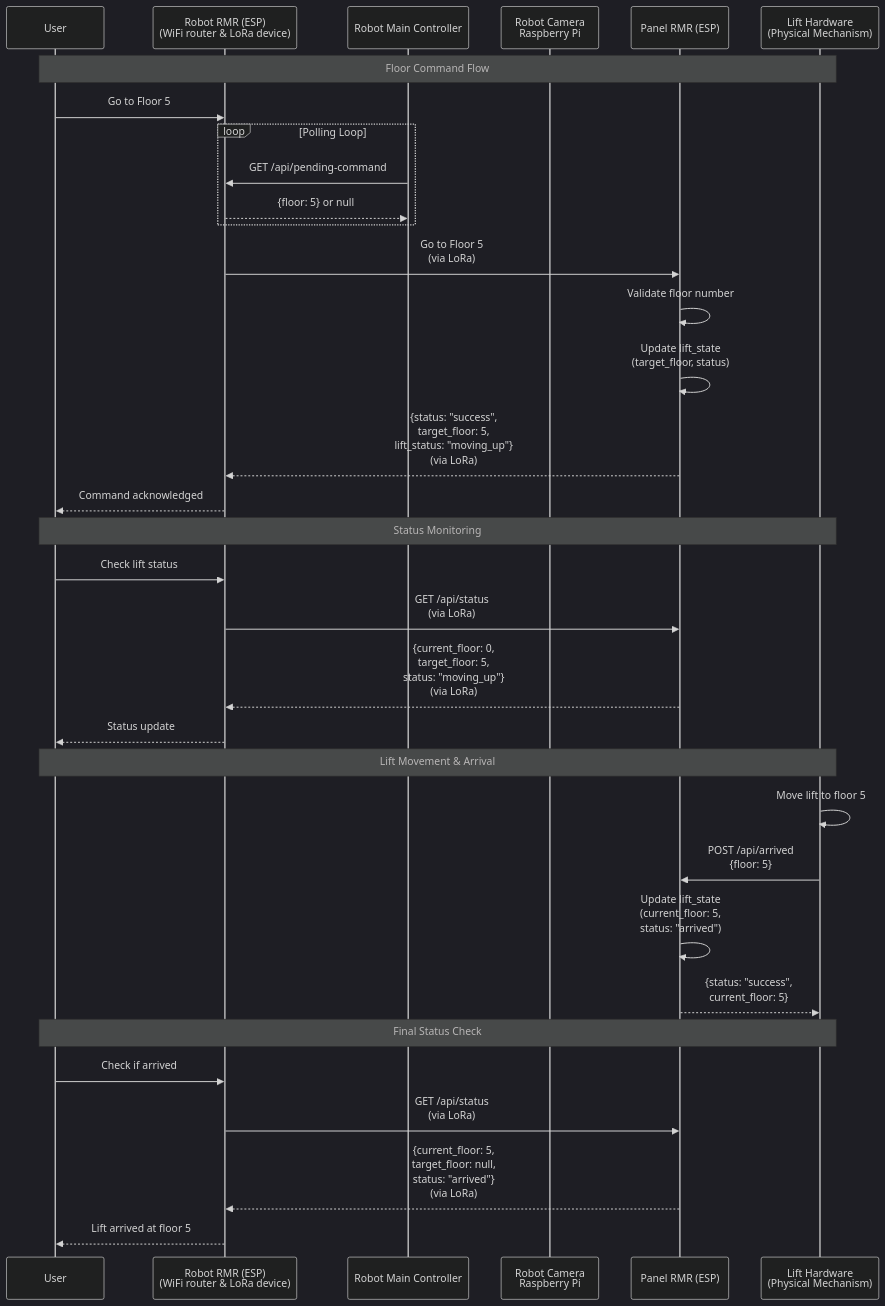
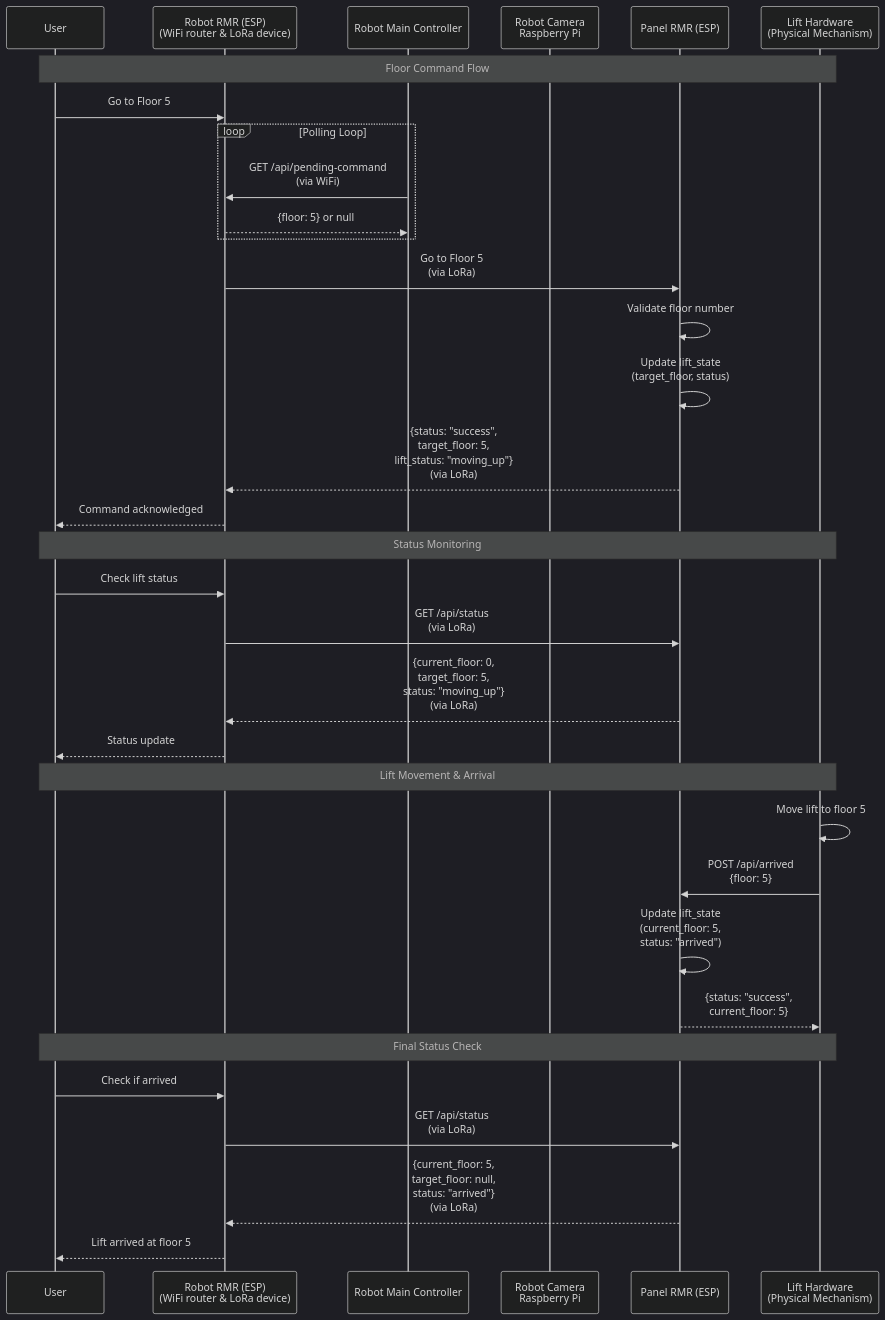
One commit to in-is-ah/rmr changed the first of 2 diagrams in sequence_diagram.md. Above: the diagram before and after it, drawn with Mermaid (dark theme).

Commit message:
Update API call description in sequence diagram

````diff
--- a/sequence_diagram.md
+++ b/sequence_diagram.md
@@ -5,39 +5,39 @@
 ```mermaid
 sequenceDiagram
     participant User
     participant ClientPi as Robot RMR (ESP)<br/>(WiFi router & LoRa device)
     participant RobotMainController as Robot Main Controller
     participant CameraModule as Robot Camera<br/>Raspberry Pi
     participant LiftService as Panel RMR (ESP)
     participant LiftHardware as Lift Hardware<br/>(Physical Mechanism)
 
     Note over User,LiftHardware: Floor Command Flow
     User->>ClientPi: Go to Floor 5
     loop Polling Loop
-        RobotMainController->>ClientPi: GET /api/pending-command
+        RobotMainController->>ClientPi: GET /api/pending-command<br/>(via WiFi)
         ClientPi-->>RobotMainController: {floor: 5} or null
     end
     ClientPi->>LiftService: Go to Floor 5<br/>(via LoRa)
     LiftService->>LiftService: Validate floor number
     LiftService->>LiftService: Update lift_state<br/>(target_floor, status)
     LiftService-->>ClientPi: {status: "success",<br/>target_floor: 5,<br/>lift_status: "moving_up"}<br/>(via LoRa)
     ClientPi-->>User: Command acknowledged
     
     Note over User,LiftHardware: Status Monitoring
     User->>ClientPi: Check lift status
     ClientPi->>LiftService: GET /api/status<br/>(via LoRa)
     LiftService-->>ClientPi: {current_floor: 0,<br/>target_floor: 5,<br/>status: "moving_up"}<br/>(via LoRa)
     ClientPi-->>User: Status update
     
     Note over User,LiftHardware: Lift Movement & Arrival
     LiftHardware->>LiftHardware: Move lift to floor 5
     LiftHardware->>LiftService: POST /api/arrived<br/>{floor: 5}
     LiftService->>LiftService: Update lift_state<br/>(current_floor: 5,<br/>status: "arrived")
     LiftService-->>LiftHardware: {status: "success",<br/>current_floor: 5}
     
     Note over User,LiftHardware: Final Status Check
     User->>ClientPi: Check if arrived
     ClientPi->>LiftService: GET /api/status<br/>(via LoRa)
     LiftService-->>ClientPi: {current_floor: 5,<br/>target_floor: null,<br/>status: "arrived"}<br/>(via LoRa)
     ClientPi-->>User: Lift arrived at floor 5
 ```
````
